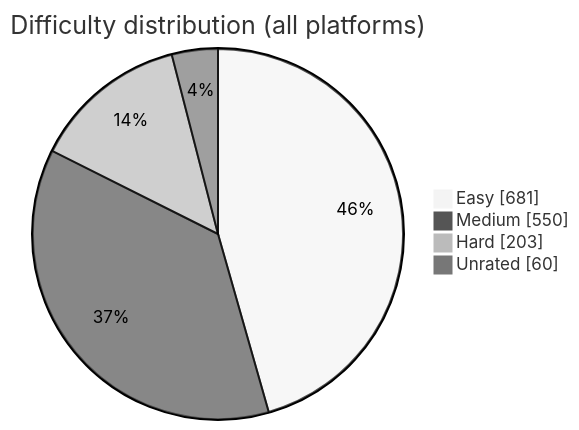
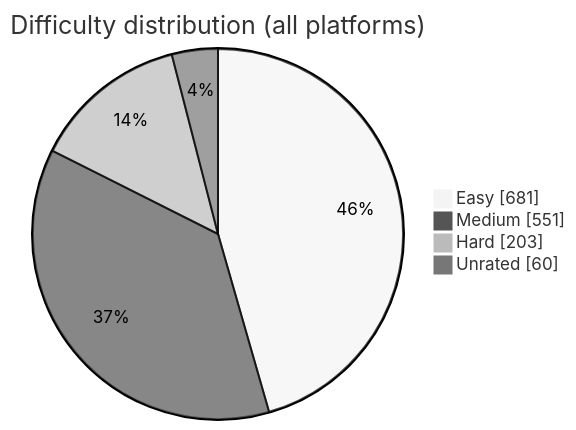
One commit to BuildbyArindam/Daily-Coding-Log changed the diagram in README.md. Above: the diagram before and after it, drawn with Mermaid (neutral theme). The commit also changed other lines of this file, not shown here.

````diff
--- a/README.md
+++ b/README.md
@@ -93,7 +93,7 @@
 ```mermaid
 pie showData title Difficulty distribution (all platforms)
     "Easy" : 681
-    "Medium" : 550
+    "Medium" : 551
     "Hard" : 203
     "Unrated" : 60
 ```
````
